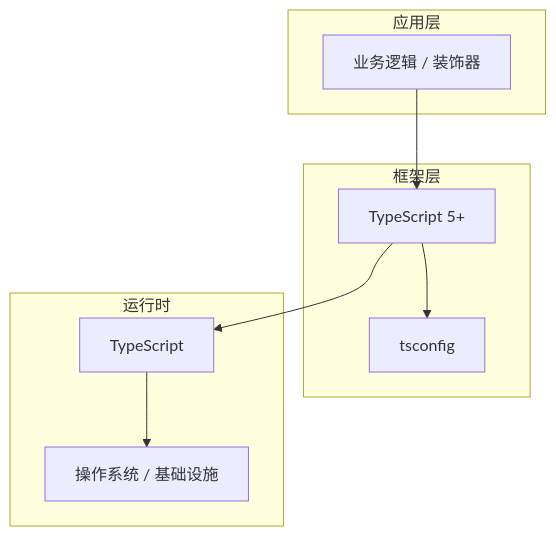
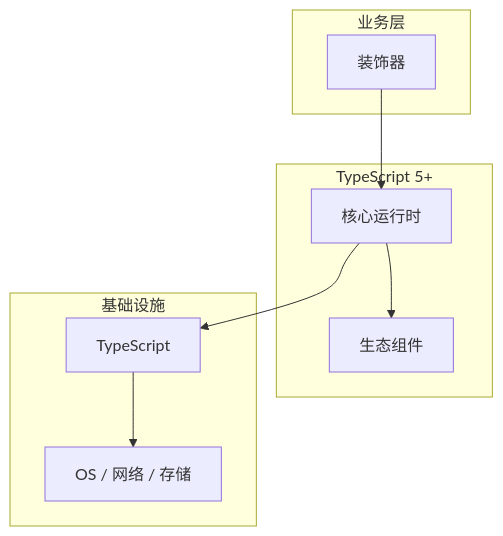
The diagram in articles/TypeScript/chapters/050-装饰器核心概念与原理.md (yanggan2015/knowledge-json-v2), drawn with Mermaid before and after one commit. The commit also changed other lines of this file and 10127 other files, not shown here.

````diff
--- a/articles/TypeScript/chapters/050-装饰器核心概念与原理.md
+++ b/articles/TypeScript/chapters/050-装饰器核心概念与原理.md
@@ -45,18 +34,18 @@
 ```mermaid
 graph TB
-    subgraph 应用层
-        A[业务逻辑 / 装饰器]
+    subgraph 业务层
+        A[装饰器]
     end
-    subgraph 框架层
-        B[TypeScript 5+]
-        C[tsconfig]
+    subgraph TypeScript 5+
+        B[核心运行时]
+        C[生态组件]
     end
-    subgraph 运行时
+    subgraph 基础设施
         D[TypeScript]
-        E[操作系统 / 基础设施]
+        E[OS / 网络 / 存储]
     end
     A --> B
     B --> C
     B --> D
     D --> E
 ```
````
